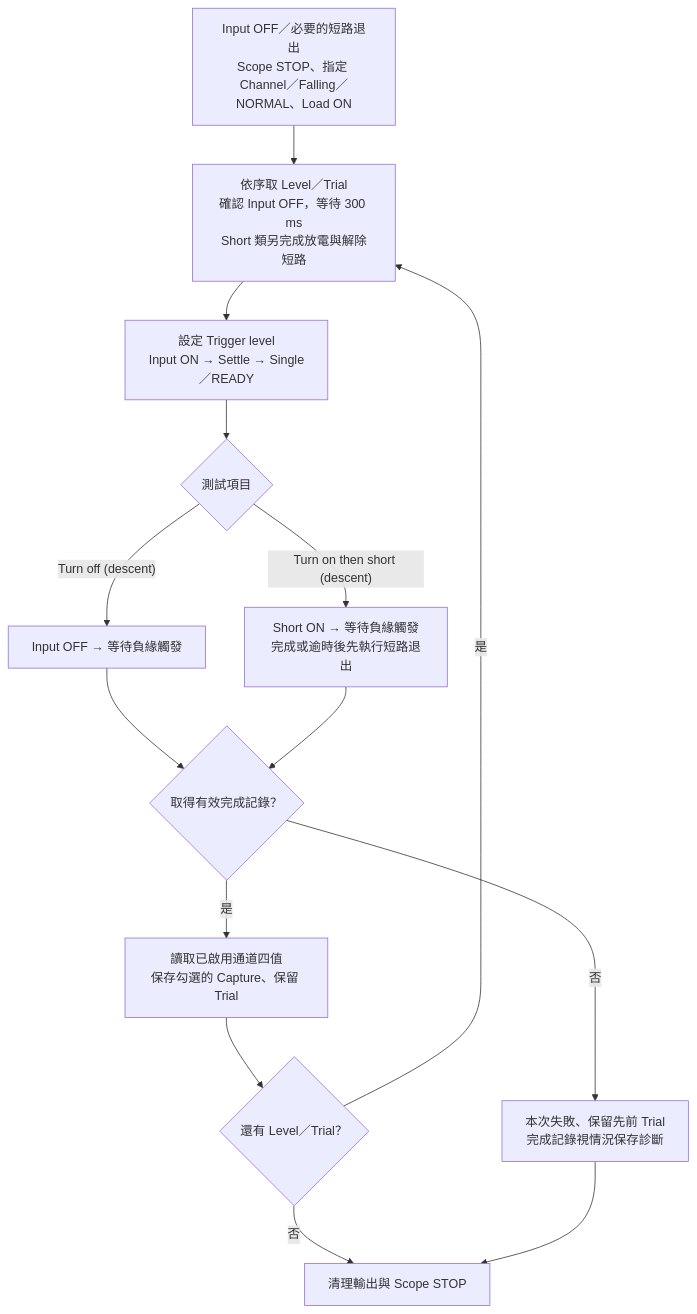
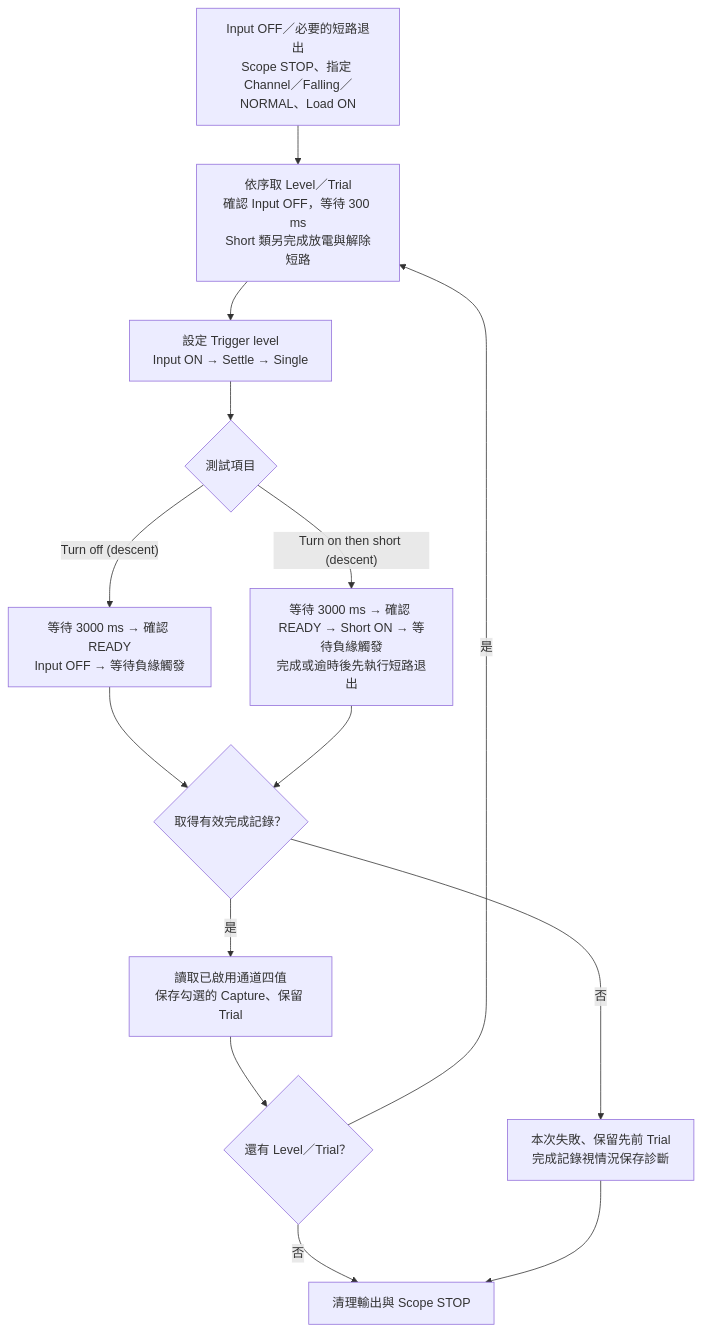
The first of 6 diagrams in MEASUREMENT_STRATEGIES.md (Jaxon-Su/ElectronicATE), drawn with Mermaid before and after one commit. The commit also changed other lines of this file and 89 other files, not shown here.

````diff
--- a/MEASUREMENT_STRATEGIES.md
+++ b/MEASUREMENT_STRATEGIES.md
@@ -57,16 +67,16 @@
 ```mermaid
 flowchart TD
     A["Input OFF／必要的短路退出<br/>Scope STOP、指定 Channel／Falling／NORMAL、Load ON"] --> B["依序取 Level／Trial<br/>確認 Input OFF，等待 300 ms<br/>Short 類另完成放電與解除短路"]
-    B --> C["設定 Trigger level<br/>Input ON → Settle → Single／READY"]
+    B --> C["設定 Trigger level<br/>Input ON → Settle → Single"]
     C --> D{"測試項目"}
-    D -->|"Turn off (descent)"| E["Input OFF → 等待負緣觸發"]
-    D -->|"Turn on then short (descent)"| F["Short ON → 等待負緣觸發<br/>完成或逾時後先執行短路退出"]
+    D -->|"Turn off (descent)"| E["等待 3000 ms → 確認 READY<br/>Input OFF → 等待負緣觸發"]
+    D -->|"Turn on then short (descent)"| F["等待 3000 ms → 確認 READY → Short ON → 等待負緣觸發<br/>完成或逾時後先執行短路退出"]
     E --> G{"取得有效完成記錄？"}
     F --> G
     G -->|"是"| H["讀取已啟用通道四值<br/>保存勾選的 Capture、保留 Trial"]
     H --> I{"還有 Level／Trial？"}
     I -->|"是"| B
     I -->|"否"| J["清理輸出與 Scope STOP"]
     G -->|"否"| K["本次失敗、保留先前 Trial<br/>完成記錄視情況保存診斷"]
     K --> J
 ```
````
